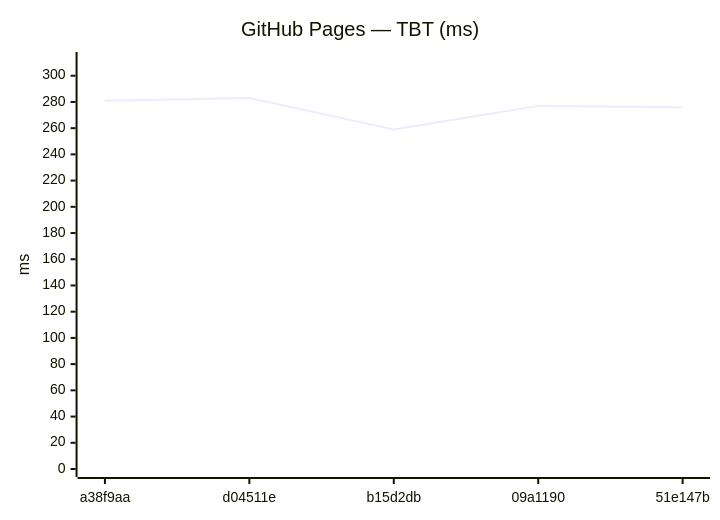
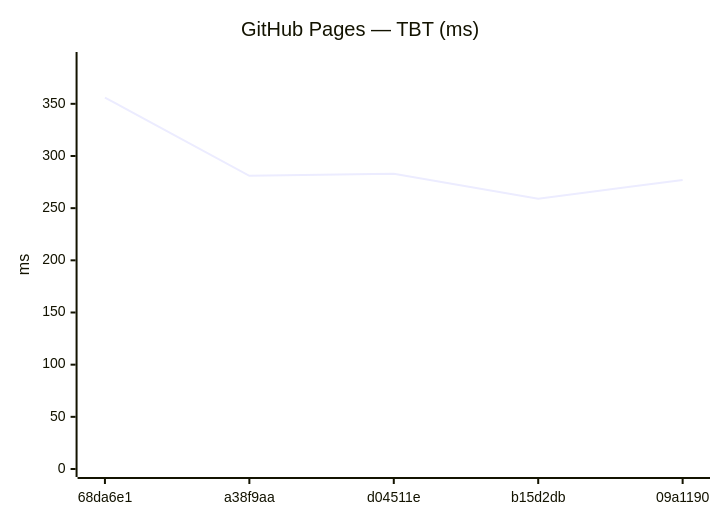
The tenth of 18 diagrams in benchmarks/compare.md (Metaheurist/Rianell), drawn with Mermaid before and after one commit. The commit also changed other lines of this file and 11 other files, not shown here.

````diff
--- a/benchmarks/compare.md
+++ b/benchmarks/compare.md
@@ -149,7 +149,7 @@
 ```mermaid
 xychart-beta
     title "GitHub Pages — TBT (ms)"
-    x-axis ["a38f9aa", "d04511e", "b15d2db", "09a1190", "51e147b"]
-    y-axis "ms" 0 --> 312
-    line [281, 283, 259, 277, 276]
+    x-axis ["68da6e1", "a38f9aa", "d04511e", "b15d2db", "09a1190"]
+    y-axis "ms" 0 --> 392
+    line [356, 281, 283, 259, 277]
 ```
````
